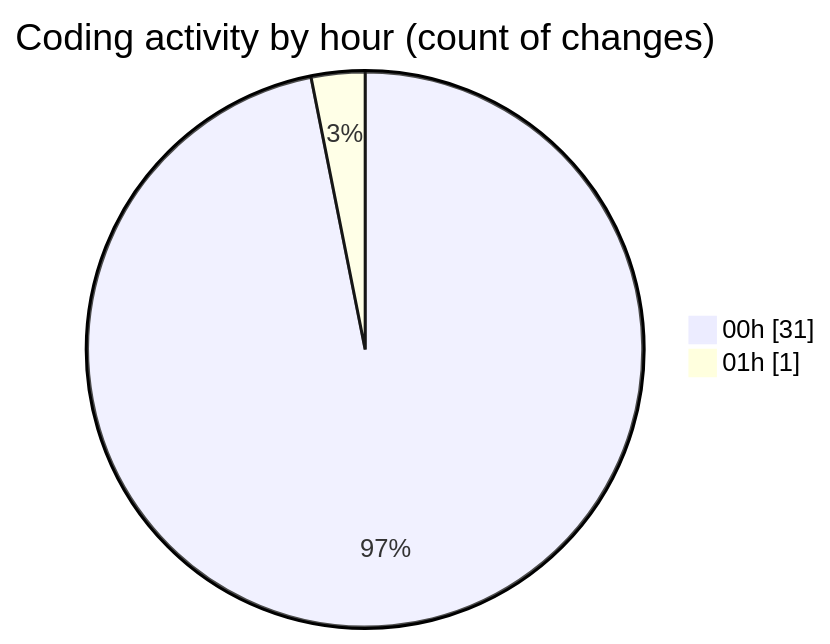
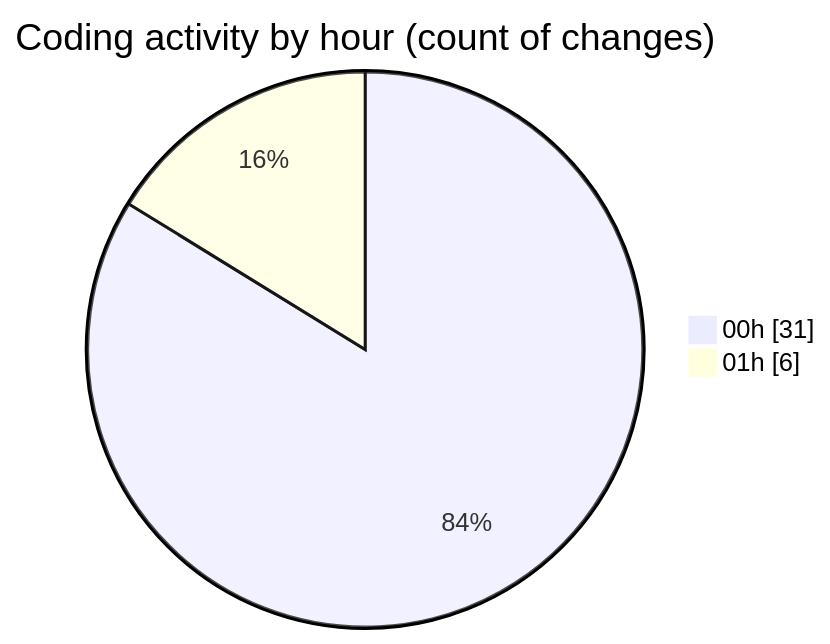
The second of 2 diagrams in 2025-10-28/usr_aleoudev_fr__workspace_/README.md (julien-gomy/code-tracking), drawn with Mermaid before and after one commit. The commit also changed other lines of this file and 1 other file, not shown here.

````diff
--- a/2025-10-28/usr_aleoudev_fr__workspace_/README.md
+++ b/2025-10-28/usr_aleoudev_fr__workspace_/README.md
@@ -31,6 +31,6 @@
 ```mermaid
 pie showData
 title Coding activity by hour (count of changes)
 "00h" : 31
-"01h" : 1
+"01h" : 6
 ```
````
